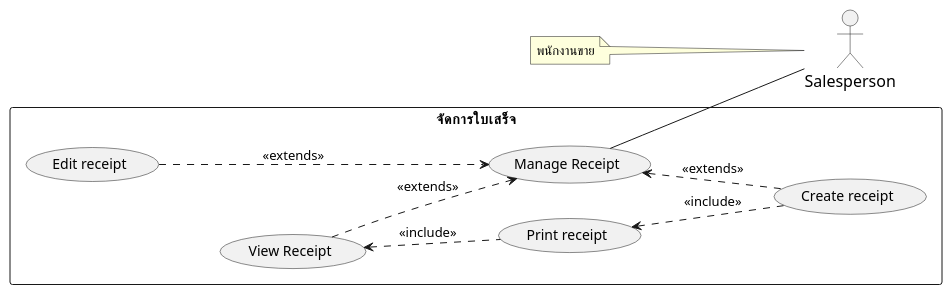
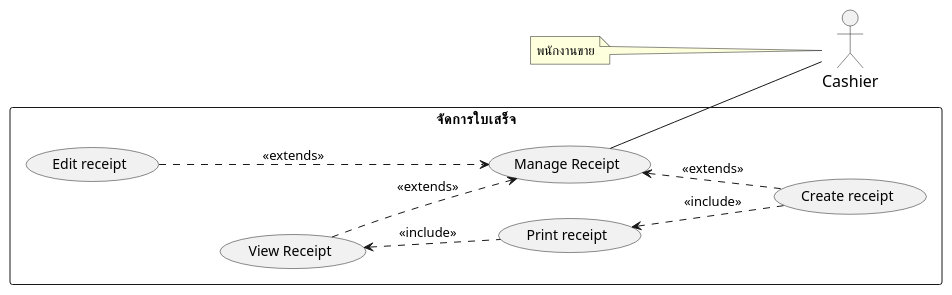
The diagram in system-analysis/usecase/_6_usecase-receipt.puml (billowdev/inventory-system-plantuml-sequelize-seeder-example), drawn with PlantUML before and after one commit. The commit also changed 24 other files, not shown here.

Commit message:
refactor usecase and sequence

```diff
--- a/system-analysis/usecase/_6_usecase-receipt.puml
+++ b/system-analysis/usecase/_6_usecase-receipt.puml
@@ -1,61 +1,61 @@
 @startuml
 'https://plantuml.com/usecase-diagram
 
 skinparam sequence {
     ParticipantFontName Thai
     ParticipantFontSize 16
     ActorFontSize 16
     ActorFontName Thai
 }
 'skinparam linetype polyline
 ' skinparam linetype ortho
 
 skinparam Participant{
     FontColor #efefef
     BorderColor #c0c0c0
 }
 skinparam Sequence{
     ParticipantBorderThickness .5
     LifeLineBorderColor #8a8a8a
 }
 left to right direction
 
-actor Salesperson as actorSalesperson
-note left of actorSalesperson : พนักงานขาย
+actor Cashier as actorCashier
+note left of actorCashier : พนักงานขาย
 
 
 ' =================== Stock System ===================
 rectangle "จัดการใบเสร็จ" as manageReceipt {
 
 
     '    ออกใบเสร็จ
     usecase (Manage Receipt) as (usecaseReceipt)
     usecase (View Receipt) as (usecaseViewReceipt)
     usecase (Print receipt) as (usecasePrintReceipt)
     usecase (Edit receipt) as (usecaseEditReceipt)
     usecase (Create receipt) as (usecaseCreateReceipt)
 
 
 
     '===========================================================
     ' ===                  Associate Flow                    ===
     '===========================================================
 
 
 
 
     ' ================ Receipt ================
     (usecaseCreateReceipt) .up.> (usecaseReceipt) : <<extends>>
     (usecaseViewReceipt) .> (usecaseReceipt) : <<extends>>
     (usecaseEditReceipt) ...> (usecaseReceipt) : <<extends>>
     (usecaseCreateReceipt) .up.> (usecasePrintReceipt) : <<include>>
     (usecaseViewReceipt)  <..   (usecasePrintReceipt): <<include>>
 
-    (usecaseReceipt) -- actorSalesperson
+    (usecaseReceipt) -- actorCashier
 
 
 
 
 }
 
 @enduml
```
